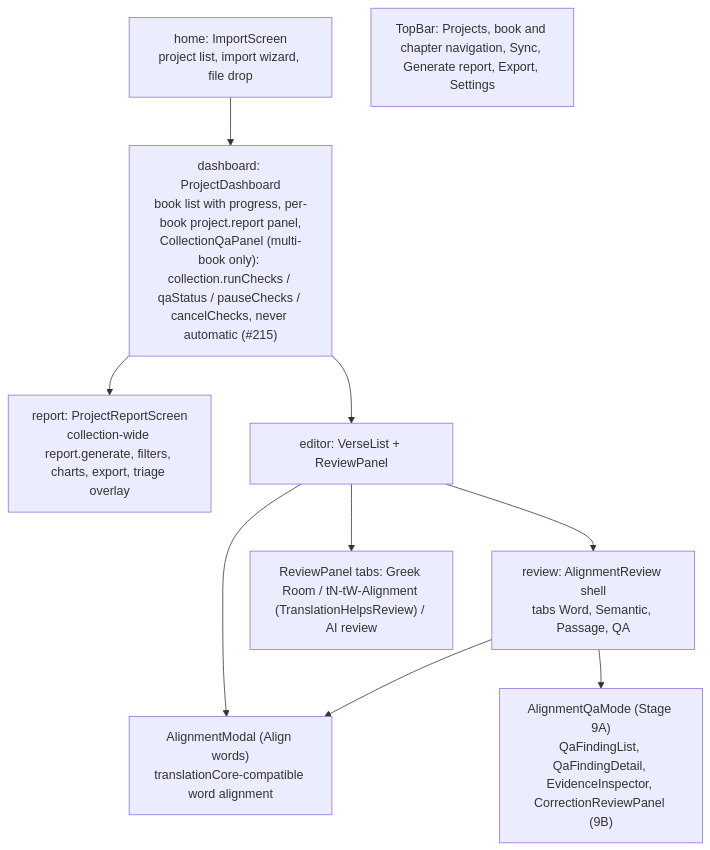
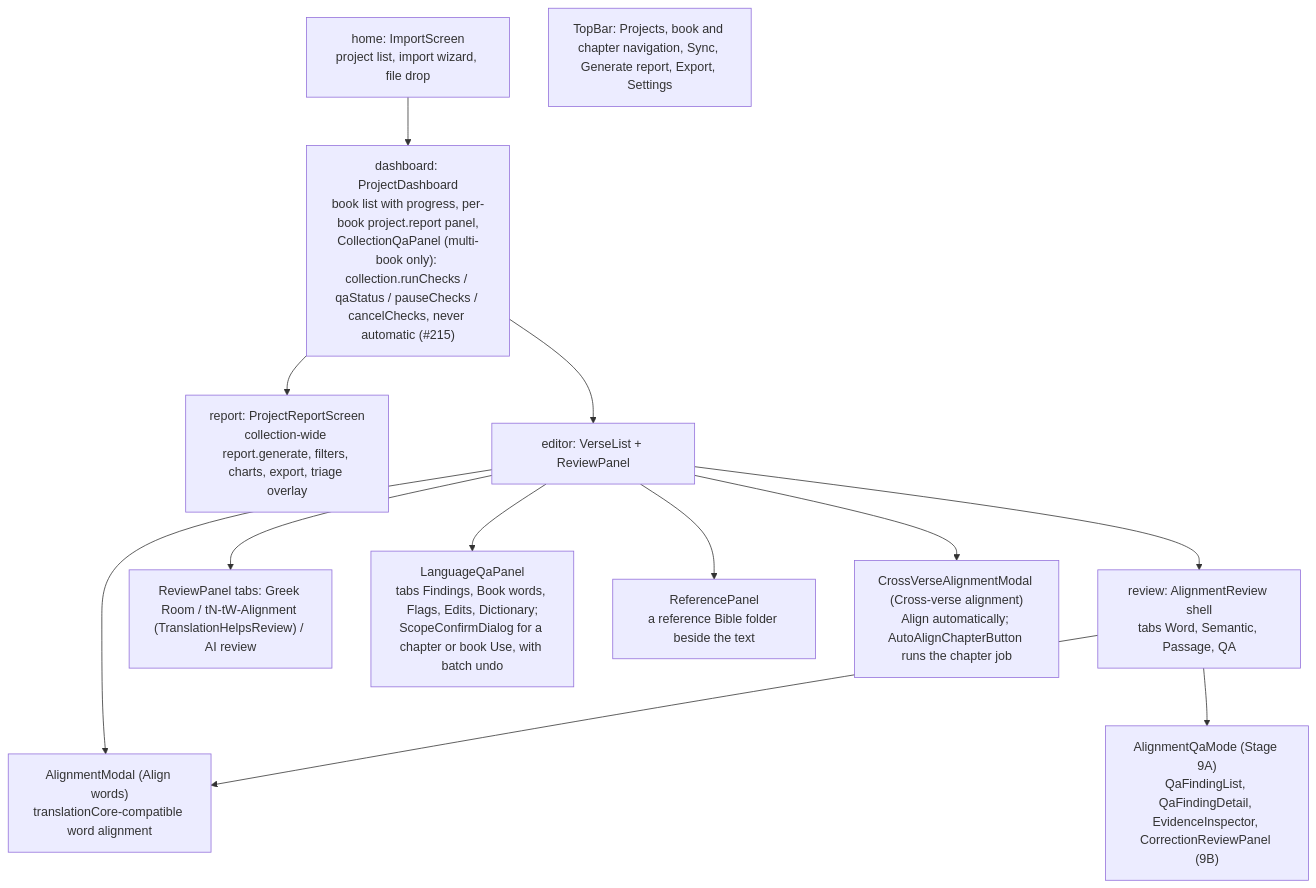
The fourth of 4 diagrams in docs/ARCHITECTURE.md (selvabenz/Bridge), drawn with Mermaid before and after one commit. The commit also changed other lines of this file and 5 other files, not shown here.

````diff
--- a/docs/ARCHITECTURE.md
+++ b/docs/ARCHITECTURE.md
@@ -245,12 +262,15 @@
 ```mermaid
 flowchart TB
   Home["home: ImportScreen<br/>project list, import wizard, file drop"] --> Dash
   Dash["dashboard: ProjectDashboard<br/>book list with progress, per-book project.report panel,<br/>CollectionQaPanel (multi-book only): collection.runChecks / qaStatus / pauseChecks / cancelChecks, never automatic (#215)"] --> Report["report: ProjectReportScreen<br/>collection-wide report.generate, filters, charts, export, triage overlay"]
   Dash --> Editor["editor: VerseList + ReviewPanel"]
   Editor --> AR["review: AlignmentReview shell<br/>tabs Word, Semantic, Passage, QA"]
   Editor --> AM["AlignmentModal (Align words)<br/>translationCore-compatible word alignment"]
   AR --> AM
   Editor --> RPt["ReviewPanel tabs: Greek Room / tN-tW-Alignment (TranslationHelpsReview) / AI review"]
+  Editor --> LQP["LanguageQaPanel<br/>tabs Findings, Book words, Flags, Edits, Dictionary;<br/>ScopeConfirmDialog for a chapter or book Use, with batch undo"]
+  Editor --> RefP["ReferencePanel<br/>a reference Bible folder beside the text"]
+  Editor --> CVM["CrossVerseAlignmentModal (Cross-verse alignment)<br/>Align automatically; AutoAlignChapterButton runs the chapter job"]
   AR --> QA["AlignmentQaMode (Stage 9A)<br/>QaFindingList, QaFindingDetail, EvidenceInspector, CorrectionReviewPanel (9B)"]
   Top["TopBar: Projects, book and chapter navigation, Sync, Generate report, Export, Settings"]
 ```
````
